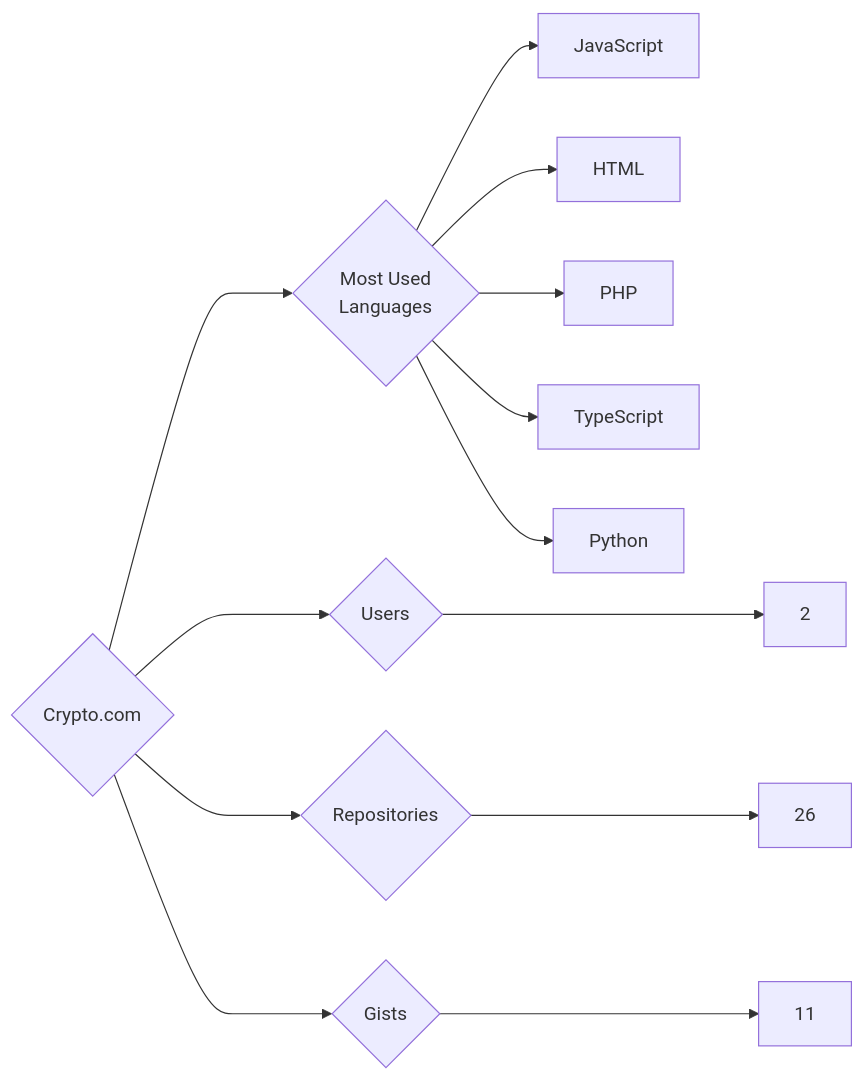
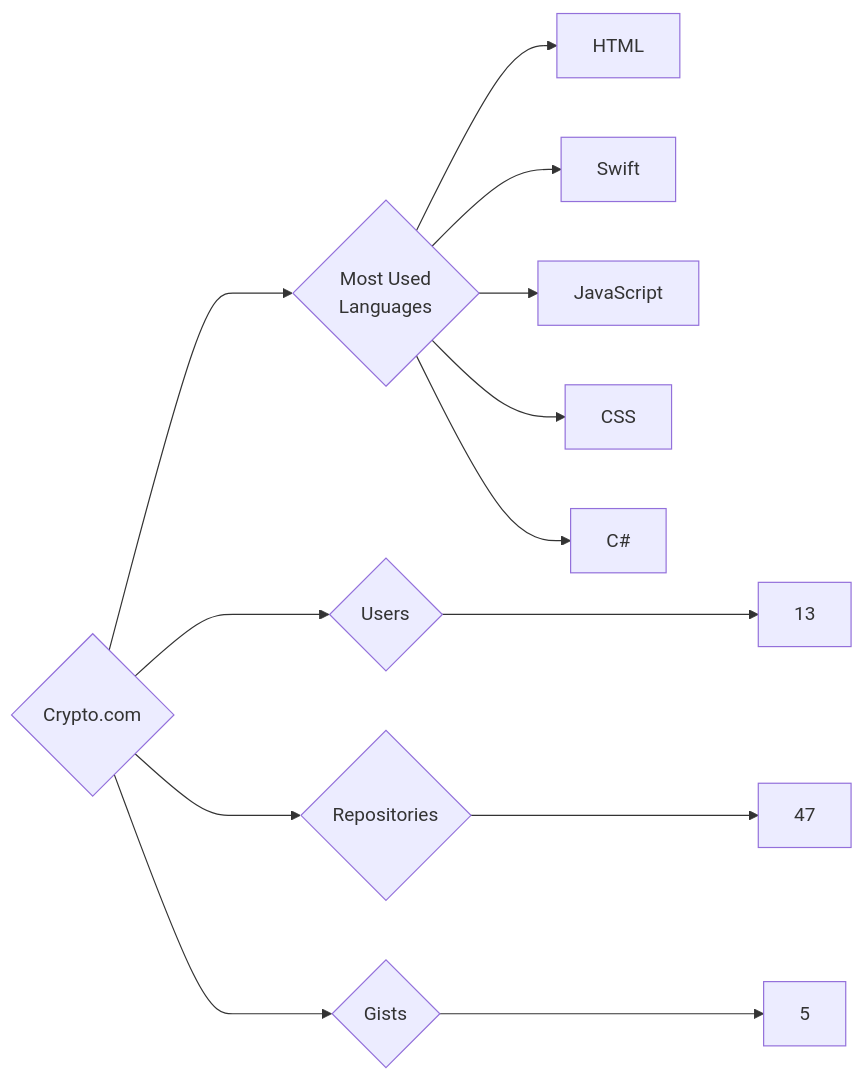
The diagram in targets/Crypto.com/README.md (trickest/insiders), drawn with Mermaid before and after one commit. The commit also changed 773 other files, not shown here.

````diff
--- a/targets/Crypto.com/README.md
+++ b/targets/Crypto.com/README.md
@@ -3,13 +3,13 @@
 ```mermaid
 graph LR
 COMPANY_NAME{Crypto.com}
-COMPANY_NAME ---> U{Users} ---> UN[2]
-COMPANY_NAME ---> R{Repositories} ---> RN[26]
-COMPANY_NAME ---> G{Gists} ---> GN[11]
+COMPANY_NAME ---> U{Users} ---> UN[13]
+COMPANY_NAME ---> R{Repositories} ---> RN[47]
+COMPANY_NAME ---> G{Gists} ---> GN[5]
 COMPANY_NAME ---> ML{Most Used<br>Languages}
+ML --> HTML[HTML]
+ML --> Swift[Swift]
 ML --> JavaScript[JavaScript]
-ML --> HTML[HTML]
-ML --> PHP[PHP]
-ML --> TypeScript[TypeScript]
-ML --> Python[Python]
+ML --> CSS[CSS]
+ML --> C#[C#]
 ```
````
